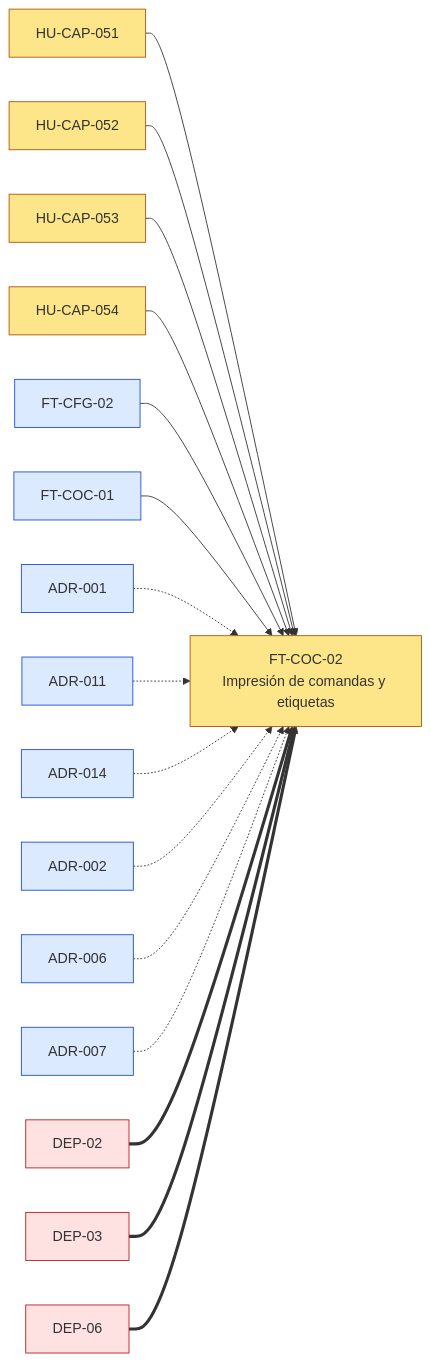
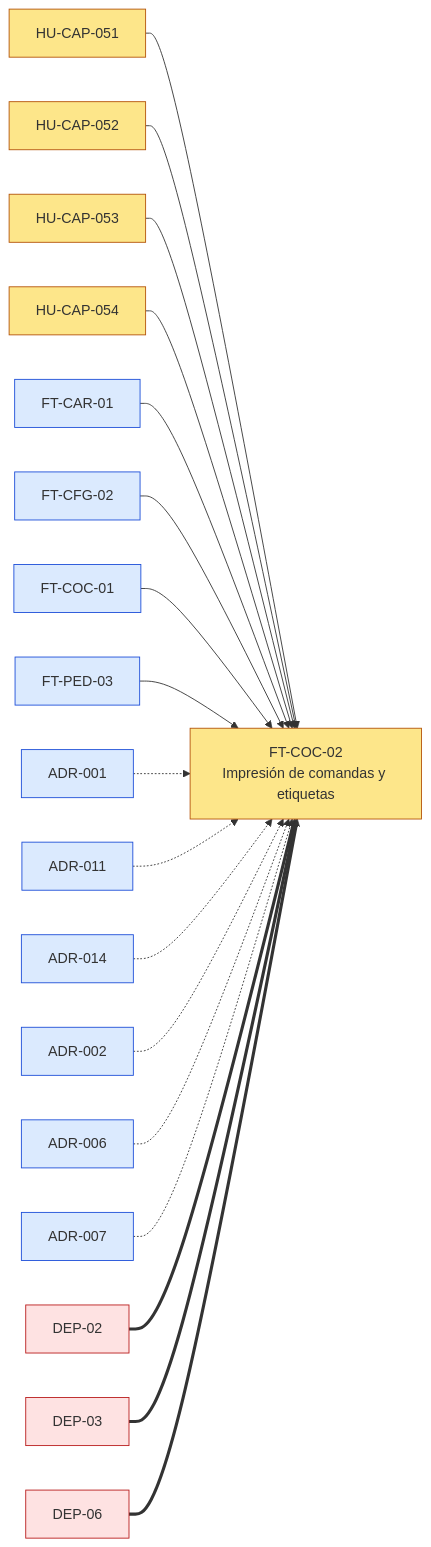
The first of 5 diagrams in docs/dor/DOR-FT-COC-02-impresion-de-comandas-y-etiquetas.md (JoseEM26/caprichos), drawn with Mermaid before and after one commit. The commit also changed other lines of this file and 208 other files, not shown here.

````diff
--- a/docs/dor/DOR-FT-COC-02-impresion-de-comandas-y-etiquetas.md
+++ b/docs/dor/DOR-FT-COC-02-impresion-de-comandas-y-etiquetas.md
@@ -51,22 +51,24 @@
 ```mermaid
 flowchart LR
   classDef evaluado fill:#fde68a,stroke:#b45309
   classDef interna fill:#dbeafe,stroke:#1d4ed8
   classDef externa fill:#fee2e2,stroke:#b91c1c
   FT_COC_02["FT-COC-02<br>Impresión de comandas y etiquetas"]:::evaluado
   HU_CAP_051["HU-CAP-051"]:::evaluado --> FT_COC_02
   HU_CAP_052["HU-CAP-052"]:::evaluado --> FT_COC_02
   HU_CAP_053["HU-CAP-053"]:::evaluado --> FT_COC_02
   HU_CAP_054["HU-CAP-054"]:::evaluado --> FT_COC_02
+  FT_CAR_01["FT-CAR-01"]:::interna --> FT_COC_02
   FT_CFG_02["FT-CFG-02"]:::interna --> FT_COC_02
   FT_COC_01["FT-COC-01"]:::interna --> FT_COC_02
+  FT_PED_03["FT-PED-03"]:::interna --> FT_COC_02
   ADR_001["ADR-001"]:::interna -.-> FT_COC_02
   ADR_011["ADR-011"]:::interna -.-> FT_COC_02
   ADR_014["ADR-014"]:::interna -.-> FT_COC_02
   ADR_002["ADR-002"]:::interna -.-> FT_COC_02
   ADR_006["ADR-006"]:::interna -.-> FT_COC_02
   ADR_007["ADR-007"]:::interna -.-> FT_COC_02
   DEP_02["DEP-02"]:::externa ==> FT_COC_02
   DEP_03["DEP-03"]:::externa ==> FT_COC_02
   DEP_06["DEP-06"]:::externa ==> FT_COC_02
 ```
````
